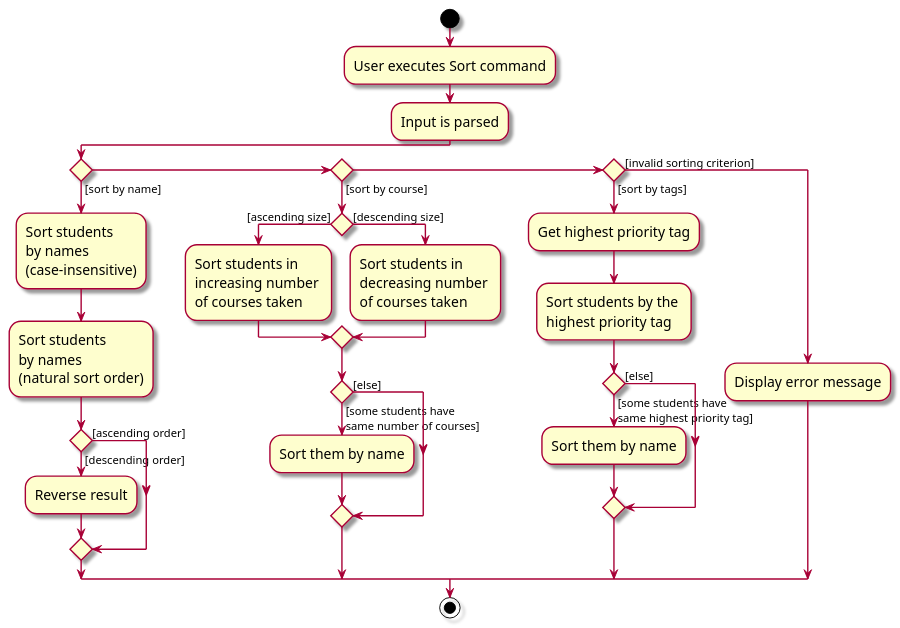
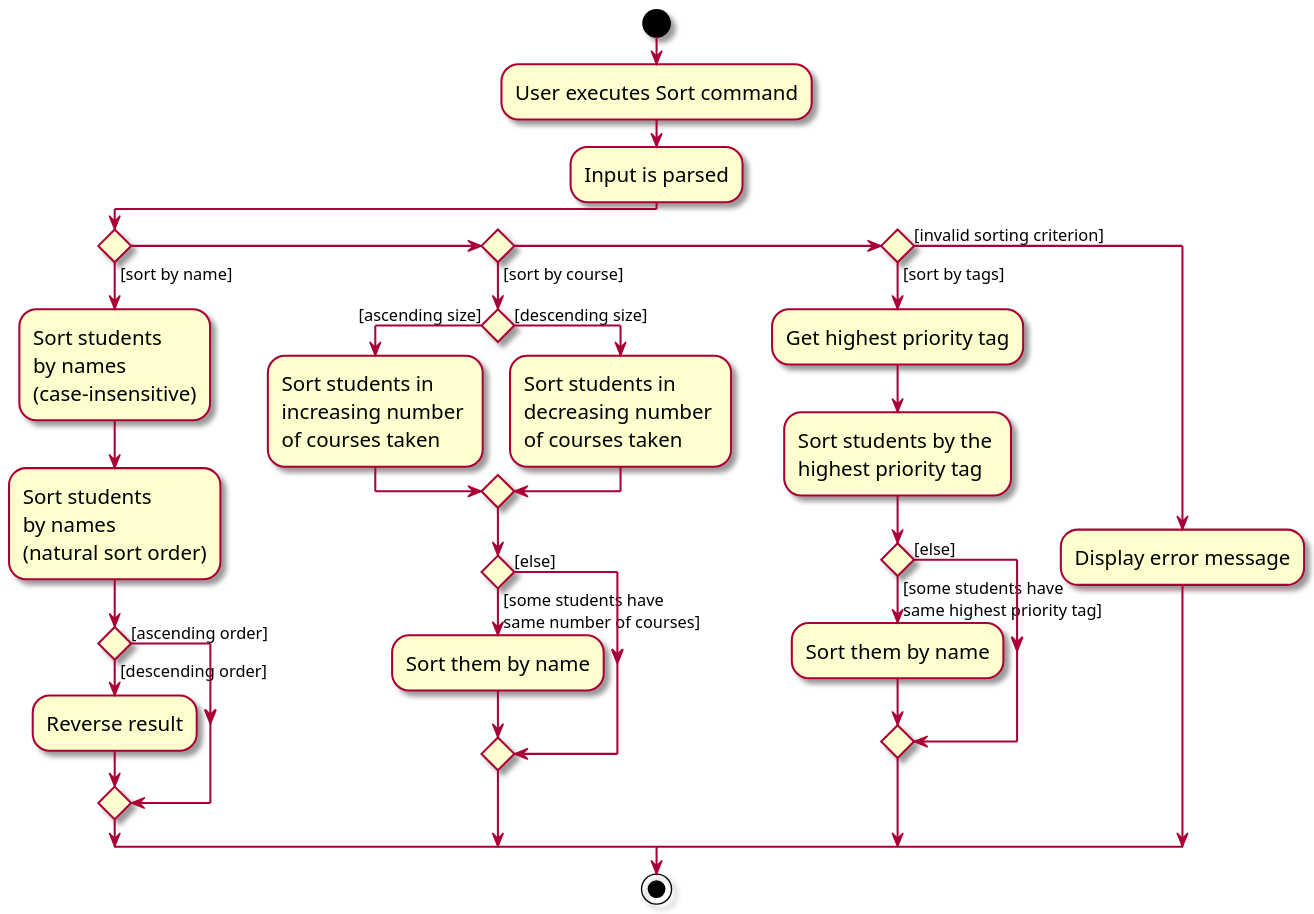
One commit to tanteckfang/tp changed the diagram in docs/diagrams/SortActivityDiagram.puml. Above: the diagram before and after it, drawn with PlantUML. The commit also changed 3 other files, not shown here.

```diff
--- a/docs/diagrams/SortActivityDiagram.puml
+++ b/docs/diagrams/SortActivityDiagram.puml
@@ -1,39 +1,41 @@
 @startuml
 skin rose
 skinparam ActivityFontSize 15
 skinparam ArrowFontSize 12
+scale 1000 width
+scale 1000 height
 
 start
 :User executes Sort command;
 :Input is parsed;
   if () then ([sort by name])
     :Sort students \nby names \n(case-insensitive);
     :Sort students \nby names \n(natural sort order);
     if () then ([descending order])
       :Reverse result;
     else ([ascending order])
     endif
   else if () then ([sort by course])
     if () then ([ascending size])
       :Sort students in \nincreasing number \nof courses taken;
     else ([descending size])
       :Sort students in \ndecreasing number \nof courses taken;
     endif
     if () then ([some students have \nsame number of courses])
       :Sort them by name;
     else ([else])
     endif
   else if () then ([sort by tags])
     :Get highest priority tag;
     :Sort students by the \nhighest priority tag;
      if () then ([some students have \nsame highest priority tag])
        :Sort them by name;
      else ([else])
      endif
   else ([invalid sorting criterion])
     :Display error message;
   endif
 
 
 stop
 @enduml
```
